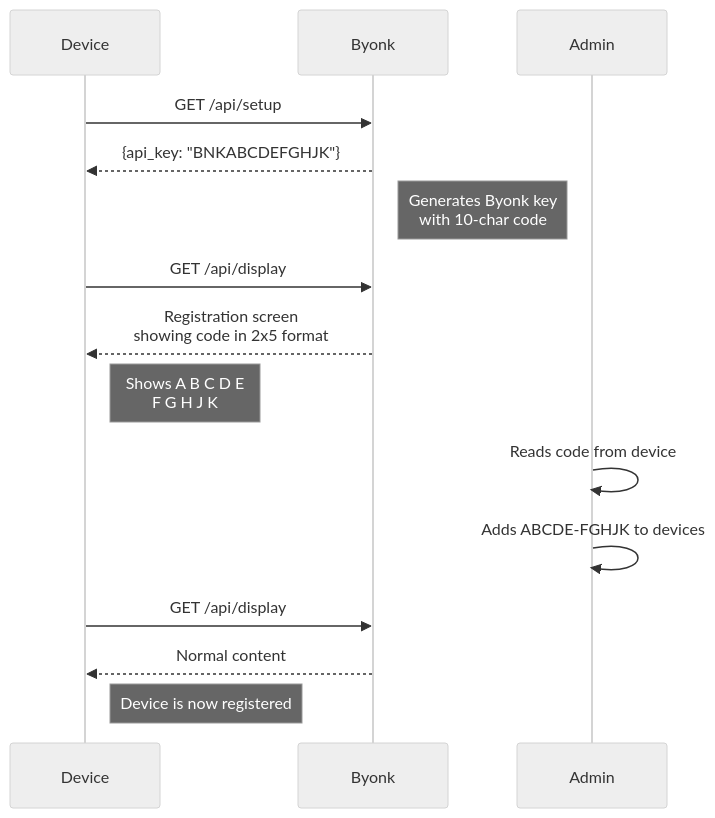
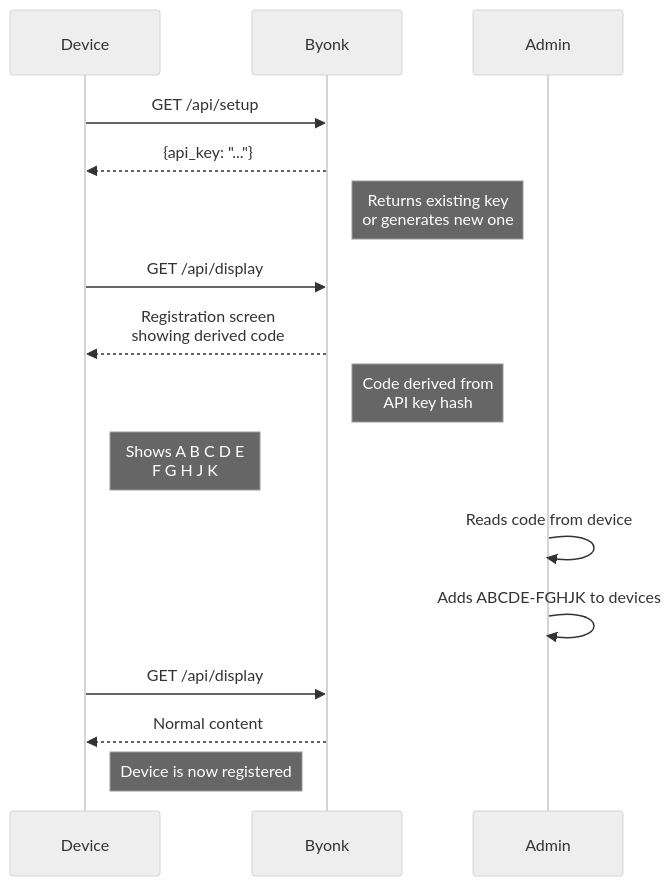
Before and after one commit to oetiker/byonk: the second of 2 diagrams in docs/src/concepts/device-mapping.md, drawn with Mermaid (neutral theme). The commit also changed other lines of this file and 44 other files, not shown here.

````diff
--- a/docs/src/concepts/device-mapping.md
+++ b/docs/src/concepts/device-mapping.md
@@ -264,21 +264,22 @@
 ```mermaid
 sequenceDiagram
     participant Device
     participant Byonk
     participant Admin
 
     Device->>Byonk: GET /api/setup
-    Byonk-->>Device: {api_key: "BNKABCDEFGHJK"}
-    Note right of Byonk: Generates Byonk key<br/>with 10-char code
+    Byonk-->>Device: {api_key: "..."}
+    Note right of Byonk: Returns existing key<br/>or generates new one
 
     Device->>Byonk: GET /api/display
-    Byonk-->>Device: Registration screen<br/>showing code in 2x5 format
+    Byonk-->>Device: Registration screen<br/>showing derived code
+    Note right of Byonk: Code derived from<br/>API key hash
     Note right of Device: Shows A B C D E<br/>F G H J K
 
     Admin->>Admin: Reads code from device
     Admin->>Admin: Adds ABCDE-FGHJK to devices
 
     Device->>Byonk: GET /api/display
     Byonk-->>Device: Normal content
     Note right of Device: Device is now registered
 ```
````
